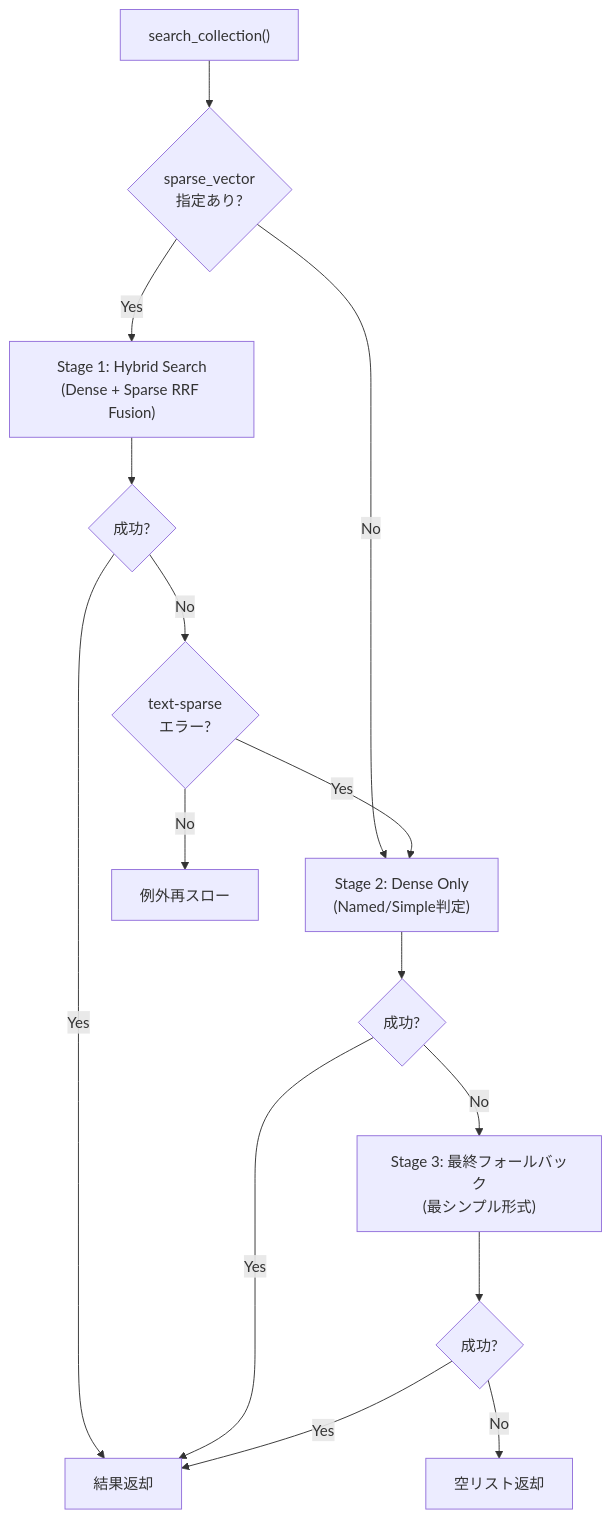
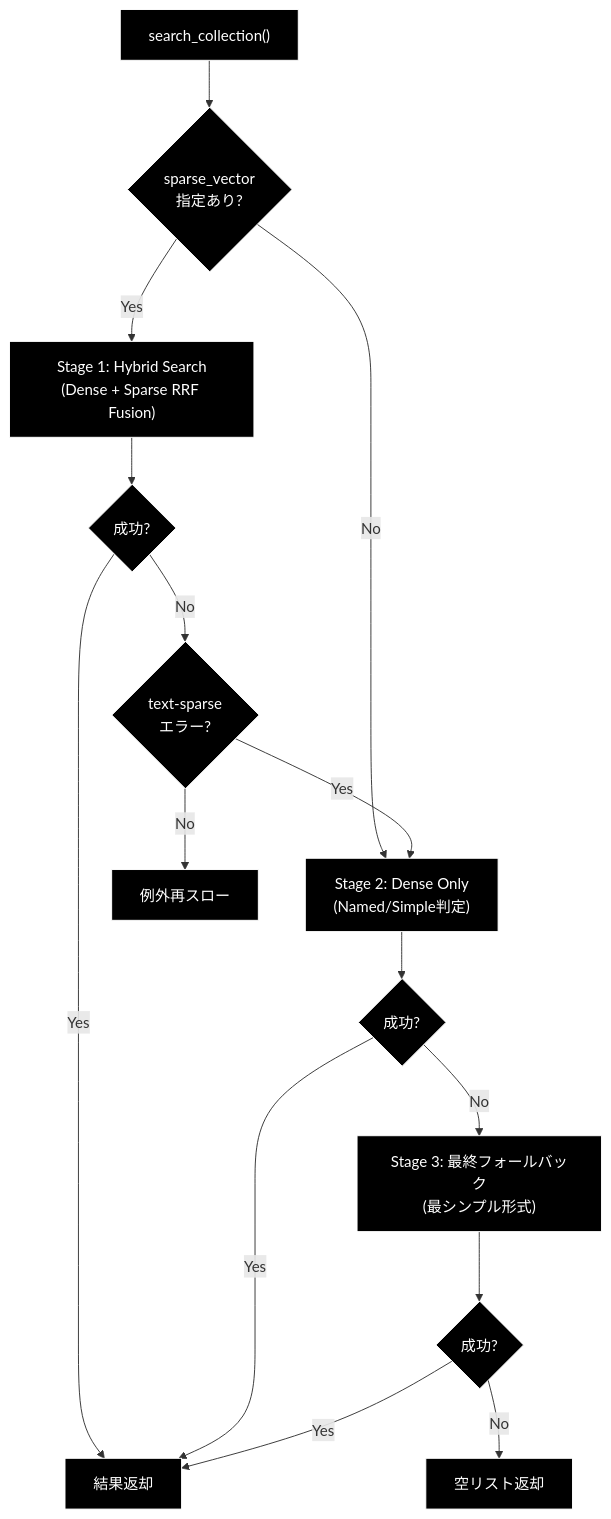
The third of 4 diagrams in ui/doc/qdrant_client_wrapper.md (nakashima2toshio/ollama_grace_agent_v2), drawn with Mermaid before and after one commit. The commit also changed other lines of this file and 10 other files, not shown here.

````diff
--- a/ui/doc/qdrant_client_wrapper.md
+++ b/ui/doc/qdrant_client_wrapper.md
@@ -1272,21 +1289,24 @@
 ```mermaid
 flowchart TB
     START["search_collection()"] --> CHK{"sparse_vector<br/>指定あり?"}
 
     CHK -->|Yes| S1["Stage 1: Hybrid Search<br/>(Dense + Sparse RRF Fusion)"]
     CHK -->|No| S2
 
     S1 --> S1OK{"成功?"}
     S1OK -->|Yes| RESULT["結果返却"]
     S1OK -->|No| S1ERR{"text-sparse<br/>エラー?"}
     S1ERR -->|Yes| S2["Stage 2: Dense Only<br/>(Named/Simple判定)"]
     S1ERR -->|No| RAISE["例外再スロー"]
 
     S2 --> S2OK{"成功?"}
     S2OK -->|Yes| RESULT
     S2OK -->|No| S3["Stage 3: 最終フォールバック<br/>(最シンプル形式)"]
 
     S3 --> S3OK{"成功?"}
     S3OK -->|Yes| RESULT
     S3OK -->|No| EMPTY["空リスト返却"]
+classDef default fill:#000,stroke:#fff,color:#fff
+classDef subgraphStyle fill:#1a1a1a,stroke:#fff,color:#fff
+class START,CHK,S1,S2,S1OK,RESULT,S1ERR,RAISE,S2OK,S3,S3OK,EMPTY default
 ```
````
